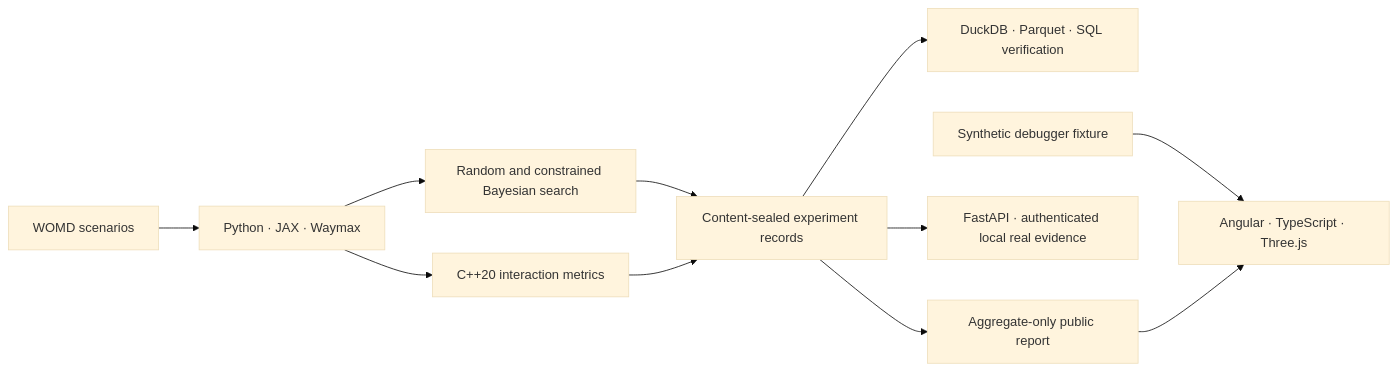
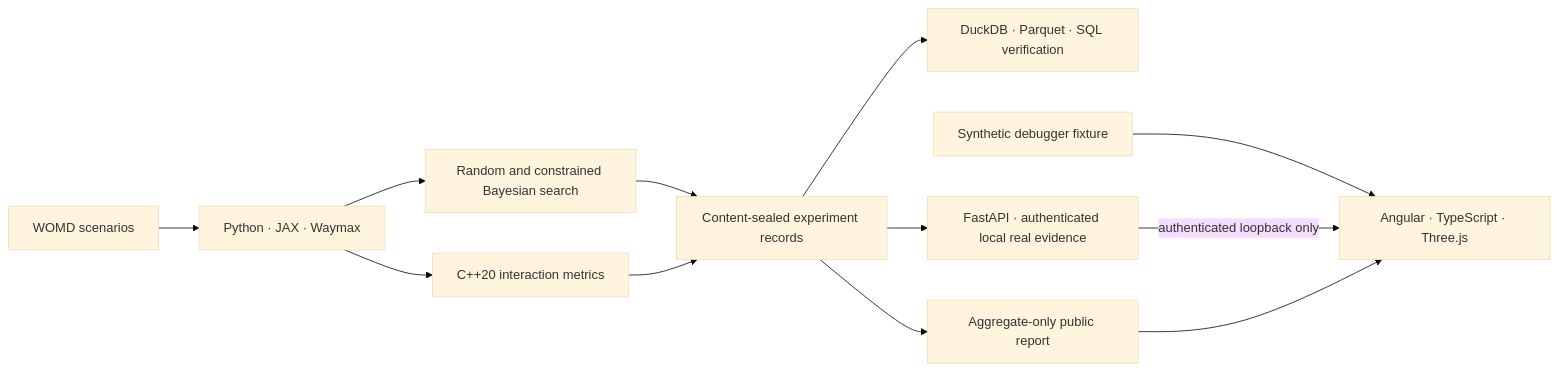
One commit to ethanvillalovoz/planmargin changed the diagram in README.md. Above: the diagram before and after it, drawn with Mermaid (base theme). The commit also changed other lines of this file and 27 other files, not shown here.

````diff
--- a/README.md
+++ b/README.md
@@ -105,13 +106,14 @@
 ```mermaid
 flowchart LR
     A["WOMD scenarios"] --> B["Python · JAX · Waymax"]
     B --> C["Random and constrained Bayesian search"]
     B --> D["C++20 interaction metrics"]
     C --> E["Content-sealed experiment records"]
     D --> E
     E --> F["DuckDB · Parquet · SQL verification"]
     E --> G["Aggregate-only public report"]
     E --> J["FastAPI · authenticated local real evidence"]
     H["Synthetic debugger fixture"] --> I["Angular · TypeScript · Three.js"]
+    J -->|"authenticated loopback only"| I
     G --> I
 ```
````
